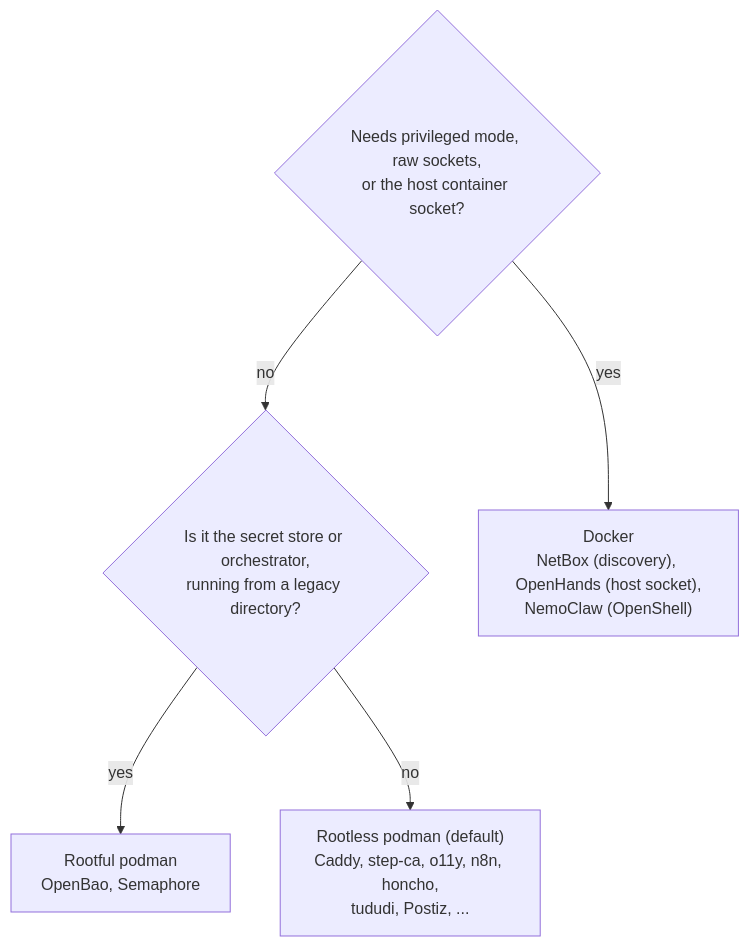
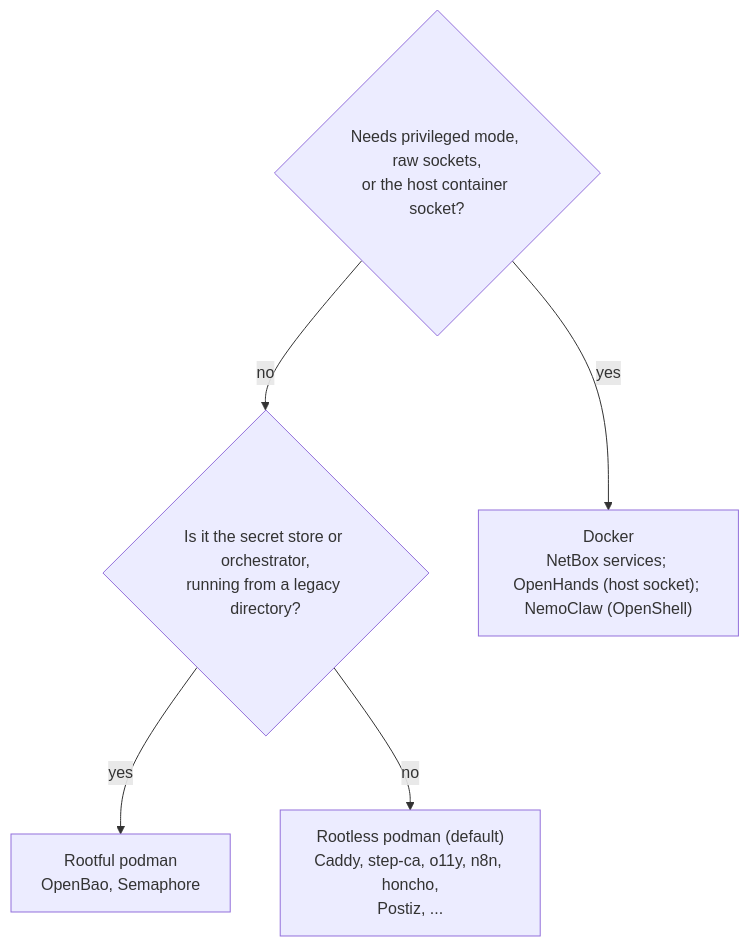
One commit to uhstray-io/agent-cloud changed the eighth of 10 diagrams in plan/architecture/service-architecture.md. Above: the diagram before and after it, drawn with Mermaid. The commit also changed other lines of this file, not shown here.

Commit message:
docs: correct service architecture status map

````diff
--- a/plan/architecture/service-architecture.md
+++ b/plan/architecture/service-architecture.md
@@ -434,12 +438,12 @@
 ```mermaid
 flowchart TD
     Q1{"Needs privileged mode, raw sockets,<br/>or the host container socket?"}
     Q2{"Is it the secret store or orchestrator,<br/>running from a legacy directory?"}
-    DOCKER["Docker<br/>NetBox (discovery), OpenHands (host socket),<br/>NemoClaw (OpenShell)"]
+    DOCKER["Docker<br/>NetBox services; OpenHands (host socket); NemoClaw (OpenShell)"]
     ROOTFUL["Rootful podman<br/>OpenBao, Semaphore"]
-    ROOTLESS["Rootless podman (default)<br/>Caddy, step-ca, o11y, n8n, honcho,<br/>tududi, Postiz, ..."]
+    ROOTLESS["Rootless podman (default)<br/>Caddy, step-ca, o11y, n8n, honcho,<br/>Postiz, ..."]
     Q1 -->|"yes"| DOCKER
     Q1 -->|"no"| Q2
     Q2 -->|"yes"| ROOTFUL
     Q2 -->|"no"| ROOTLESS
 ```
````
